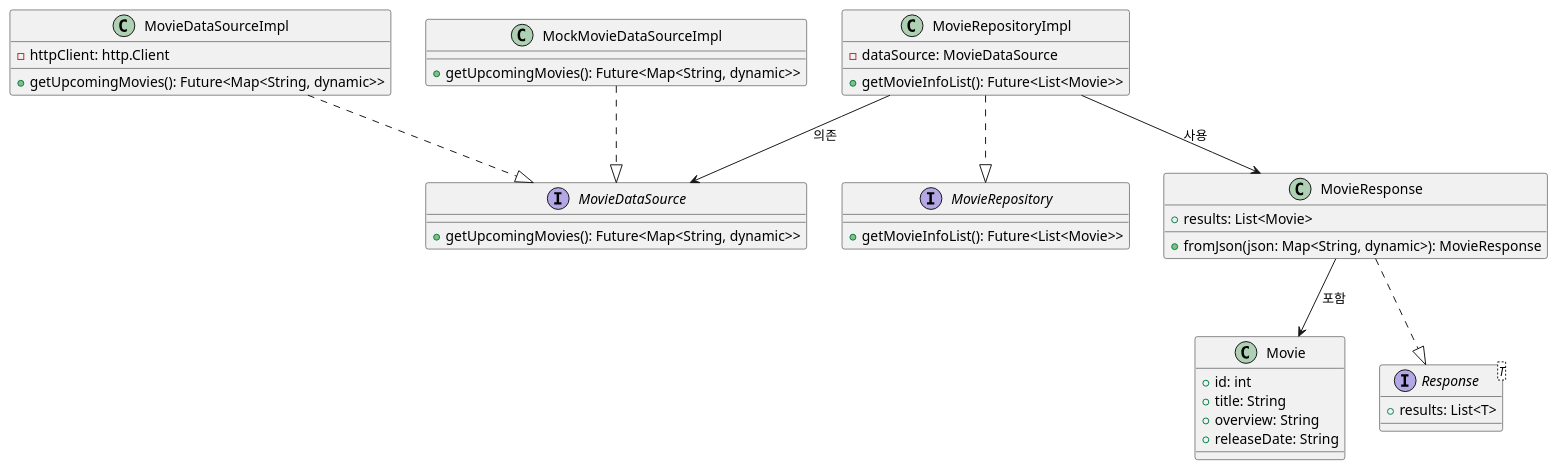
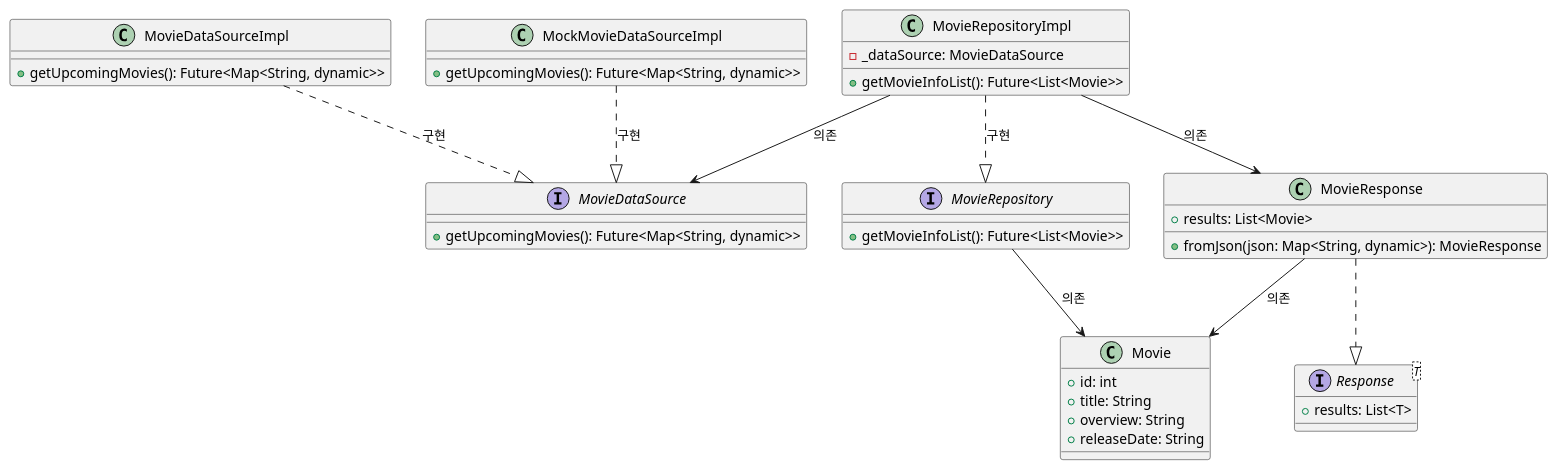
The diagram in lib/2025-04-03/docs/movie_data_service.puml (SurvivalCodingCampus/modu-3-dart-study), drawn with PlantUML before and after one commit. The commit also changed 13 other files, not shown here.

Commit message:
fix : 코드 수정(의존성 및 캡슐화), 다이어그램 변경

```diff
--- a/lib/2025-04-03/docs/movie_data_service.puml
+++ b/lib/2025-04-03/docs/movie_data_service.puml
@@ -1,47 +1,47 @@
 @startuml
 interface MovieDataSource {
   +getUpcomingMovies(): Future<Map<String, dynamic>>
 }
 
 class MovieDataSourceImpl {
-  -httpClient: http.Client
   +getUpcomingMovies(): Future<Map<String, dynamic>>
 }
 
 class MockMovieDataSourceImpl {
   +getUpcomingMovies(): Future<Map<String, dynamic>>
 }
 
 interface MovieRepository {
   +getMovieInfoList(): Future<List<Movie>>
 }
 
 class MovieRepositoryImpl {
-  -dataSource: MovieDataSource
+  -_dataSource: MovieDataSource
   +getMovieInfoList(): Future<List<Movie>>
-}
-
-class Movie {
-  +id: int
-  +title: String
-  +overview: String
-  +releaseDate: String
 }
 
 interface Response<T> {
   +results: List<T>
 }
 
 class MovieResponse {
   +results: List<Movie>
   +fromJson(json: Map<String, dynamic>): MovieResponse
 }
 
-MovieDataSourceImpl ..|> MovieDataSource
-MockMovieDataSourceImpl ..|> MovieDataSource
-MovieRepositoryImpl ..|> MovieRepository
+class Movie {
+  +id: int
+  +title: String
+  +overview: String
+  +releaseDate: String
+}
+
+MovieDataSourceImpl ..|> MovieDataSource : 구현
+MockMovieDataSourceImpl ..|> MovieDataSource : 구현
+MovieRepositoryImpl ..|> MovieRepository : 구현
 MovieRepositoryImpl --> MovieDataSource : 의존
-MovieRepositoryImpl --> MovieResponse : 사용
+MovieRepositoryImpl --> MovieResponse : 의존
+MovieRepository --> Movie : 의존
 MovieResponse ..|> Response
-MovieResponse --> Movie : 포함
+MovieResponse --> Movie : 의존
 @enduml
```
